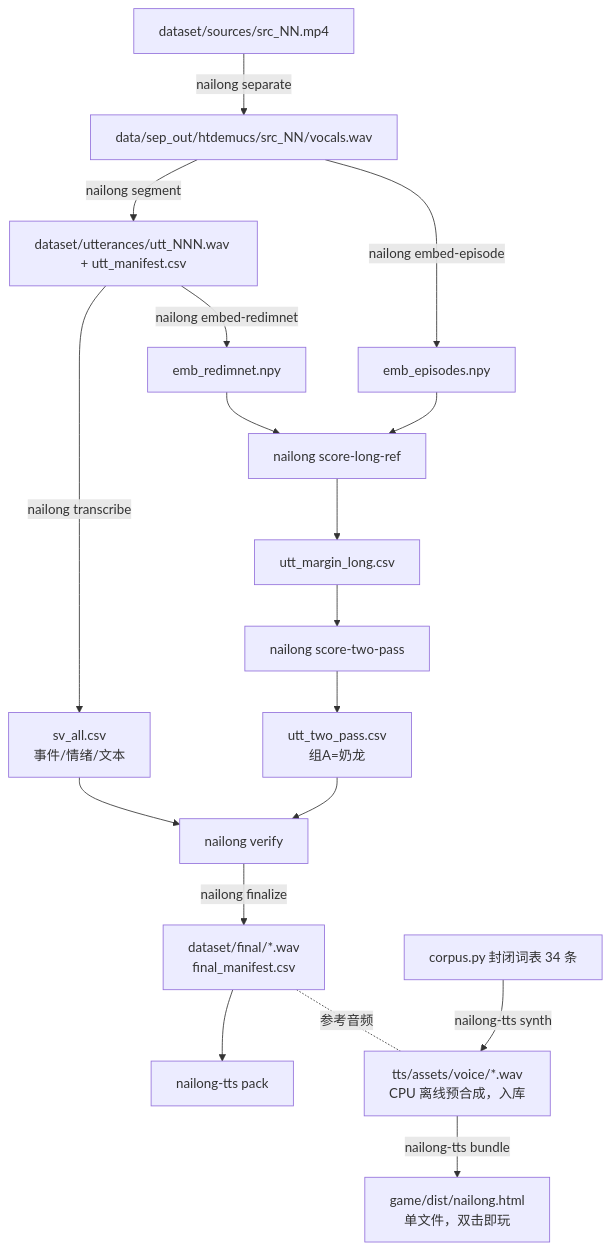
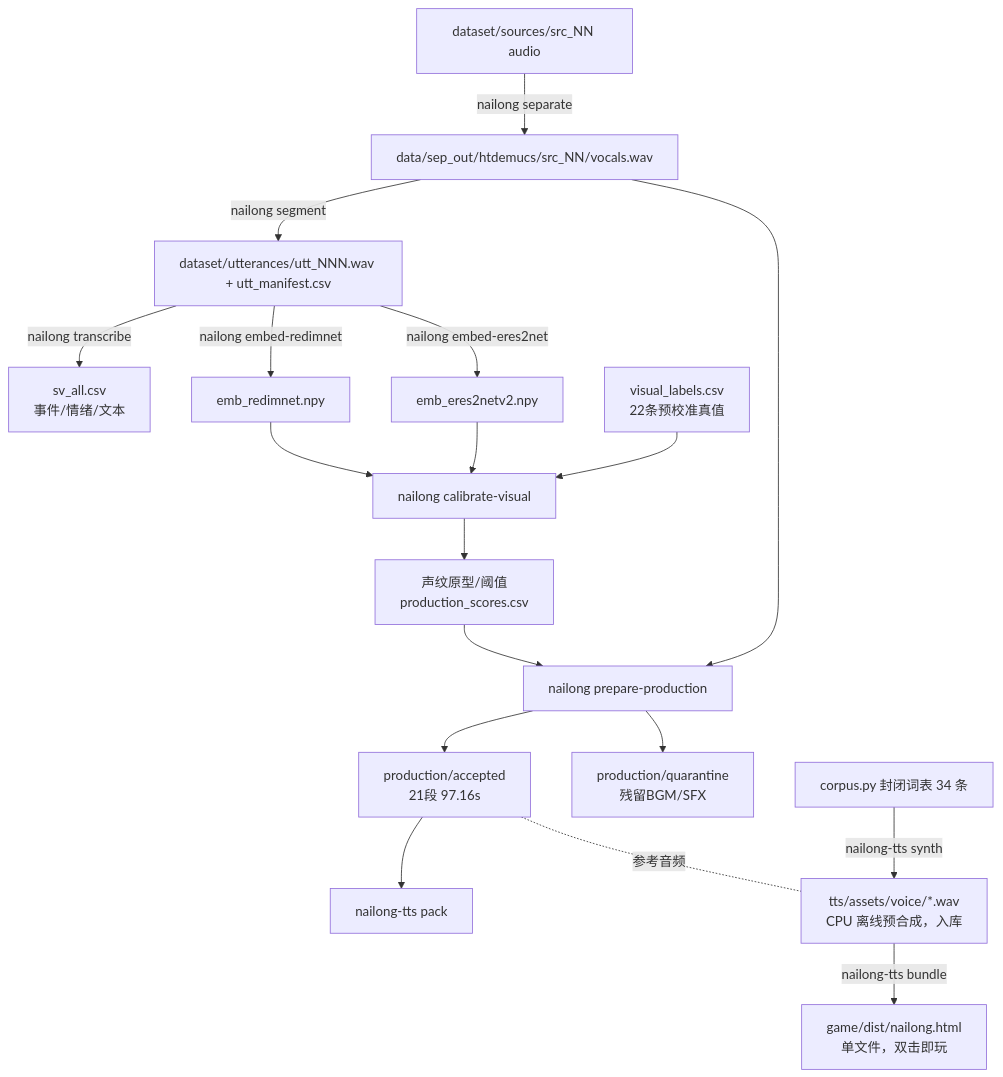
One commit to Puiching-Memory/nailong-ref changed the diagram in README.md. Above: the diagram before and after it, drawn with Mermaid. The commit also changed other lines of this file and 6 other files, not shown here.

Commit message:
docs(review): record visual screening and dataset limits

````diff
--- a/README.md
+++ b/README.md
@@ -49,20 +108,20 @@
 ```mermaid
 flowchart TD
-    A[dataset/sources/src_NN.mp4] -->|nailong separate| B[data/sep_out/htdemucs/src_NN/vocals.wav]
+    A[dataset/sources/src_NN audio] -->|nailong separate| B[data/sep_out/htdemucs/src_NN/vocals.wav]
     B -->|nailong segment| C[dataset/utterances/utt_NNN.wav + utt_manifest.csv]
     C -->|nailong transcribe| D[sv_all.csv<br/>事件/情绪/文本]
     C -->|nailong embed-redimnet| E[emb_redimnet.npy]
-    B -->|nailong embed-episode| F[emb_episodes.npy]
-    E --> G[nailong score-long-ref]
+    C -->|nailong embed-eres2net| F[emb_eres2netv2.npy]
+    V[visual_labels.csv<br/>22条预校准真值] --> G[nailong calibrate-visual]
+    E --> G
     F --> G
-    G --> H[utt_margin_long.csv]
-    H --> I[nailong score-two-pass]
-    I --> J[utt_two_pass.csv<br/>组A=奶龙]
-    D --> K[nailong verify]
-    J --> K
-    K -->|nailong finalize| L[dataset/final/*.wav<br/>final_manifest.csv]
+    G --> H[声纹原型/阈值<br/>production_scores.csv]
+    B --> I[nailong prepare-production]
+    H --> I
+    I --> L[production/accepted<br/>21段 97.16s]
+    I --> Q[production/quarantine<br/>残留BGM/SFX]
     L --> M[nailong-tts pack]
     L -.参考音频.- N
     O[corpus.py 封闭词表 34 条] -->|nailong-tts synth| N[tts/assets/voice/*.wav<br/>CPU 离线预合成，入库]
     N -->|nailong-tts bundle| P[game/dist/nailong.html<br/>单文件，双击即玩]
 ```
````
